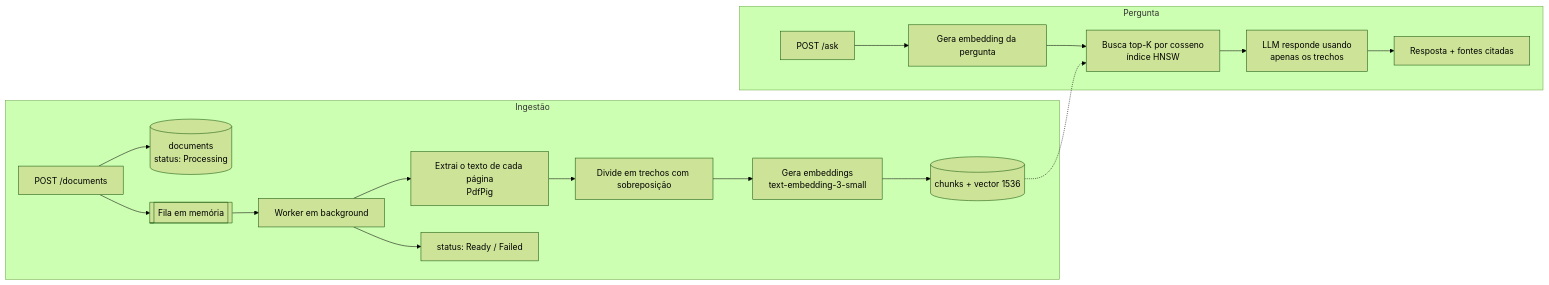
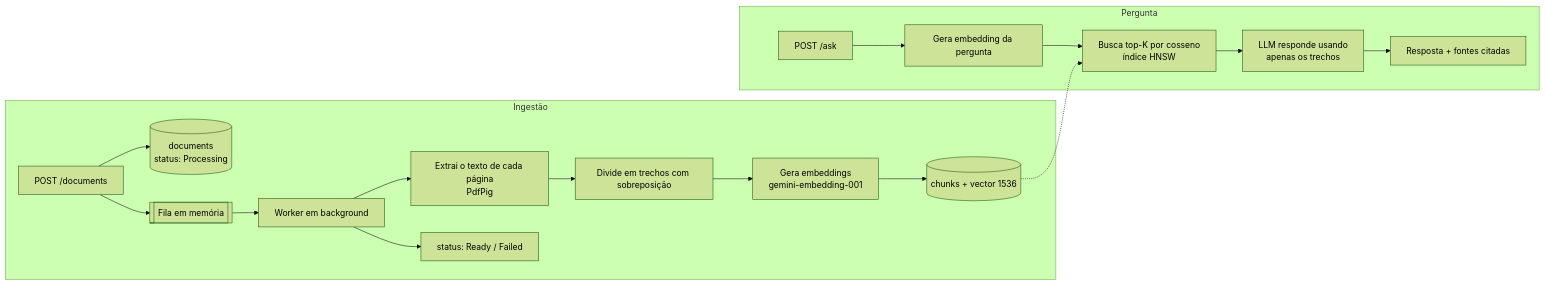
Before and after one commit to Gabrielnascimento007/AskMyDocs: the diagram in README.md, drawn with Mermaid (forest theme). The commit also changed other lines of this file and 7 other files, not shown here.

````diff
--- a/README.md
+++ b/README.md
@@ -19,21 +19,21 @@
 ```mermaid
 flowchart LR
     subgraph Ingestão
         A[POST /documents] --> B[(documents<br/>status: Processing)]
         A --> Q[[Fila em memória]]
         Q --> W[Worker em background]
         W --> P[Extrai o texto de cada página<br/>PdfPig]
         P --> C[Divide em trechos com sobreposição]
-        C --> E[Gera embeddings<br/>text-embedding-3-small]
+        C --> E[Gera embeddings<br/>gemini-embedding-001]
         E --> V[(chunks + vector 1536)]
         W --> R[status: Ready / Failed]
     end
 
     subgraph Pergunta
         U[POST /ask] --> QE[Gera embedding da pergunta]
         QE --> S[Busca top-K por cosseno<br/>índice HNSW]
         V -.-> S
         S --> L[LLM responde usando<br/>apenas os trechos]
         L --> O[Resposta + fontes citadas]
     end
 ```
````
